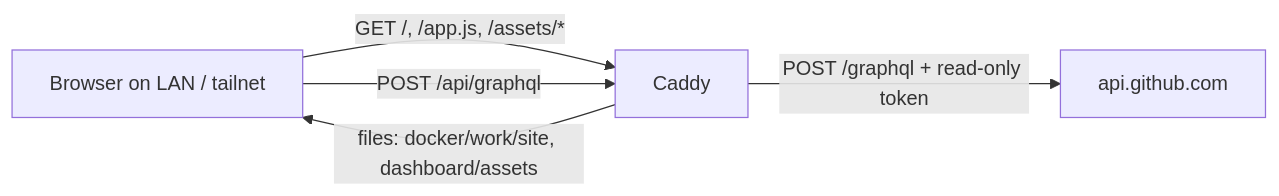
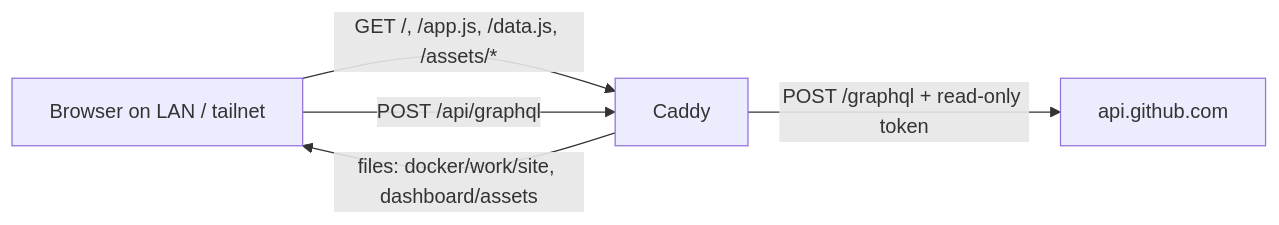
One commit to brignano/homelab changed the diagram in docker/work/README.md. Above: the diagram before and after it, drawn with Mermaid. The commit also changed other lines of this file and 30 other files, not shown here.

````diff
--- a/docker/work/README.md
+++ b/docker/work/README.md
@@ -12,7 +12,7 @@
 ```mermaid
 flowchart LR
-  B[Browser on LAN / tailnet] -- "GET /, /app.js, /assets/*" --> C[Caddy]
+  B[Browser on LAN / tailnet] -- "GET /, /app.js, /data.js, /assets/*" --> C[Caddy]
   B -- "POST /api/graphql" --> C
   C -- "files: docker/work/site, dashboard/assets" --> B
   C -- "POST /graphql + read-only token" --> G[api.github.com]
 ```
````
